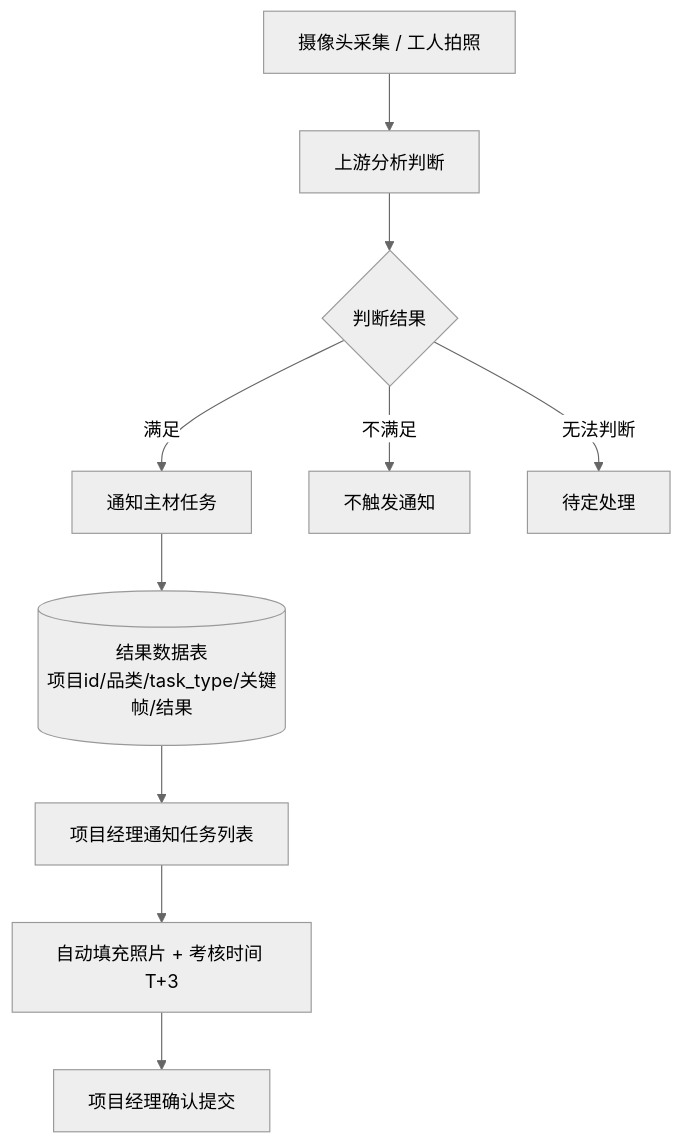
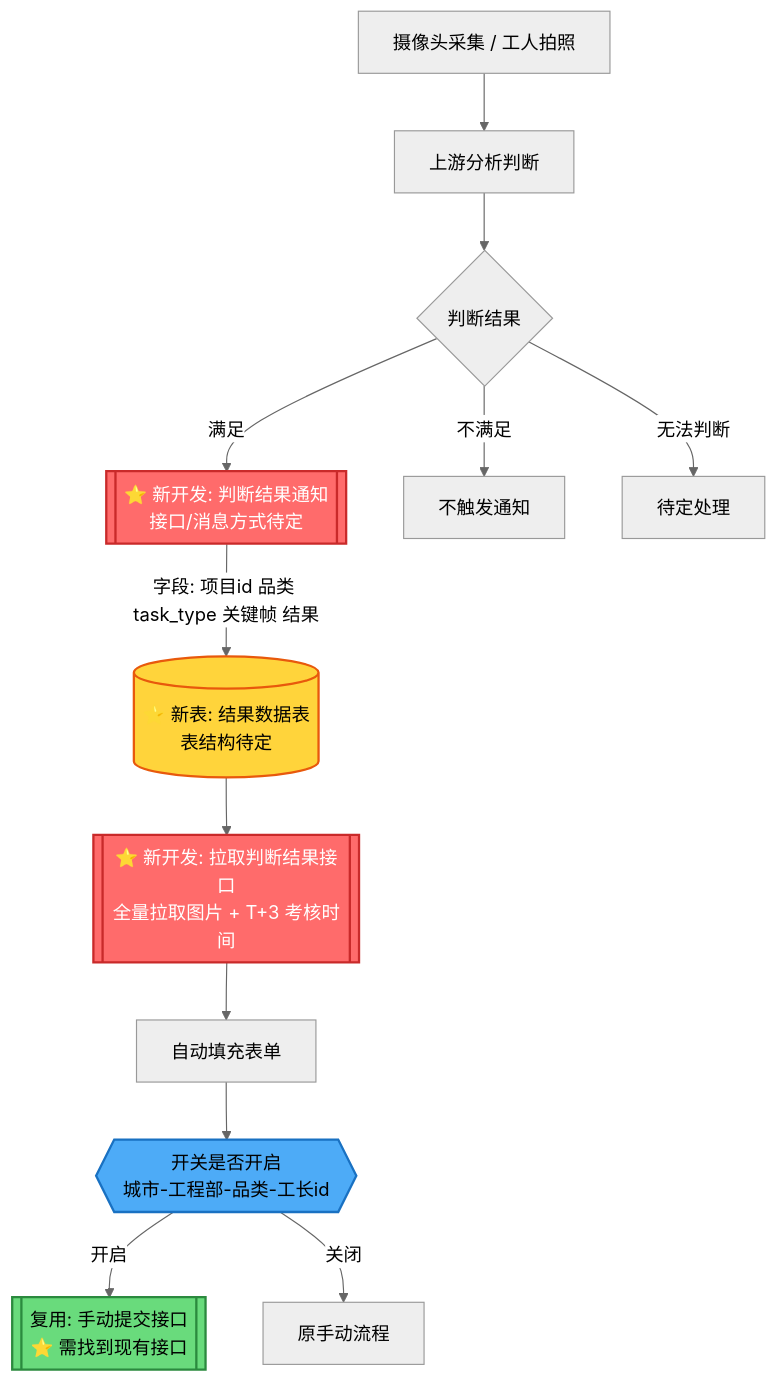
The first of 2 diagrams in 需求/通知复尺自动化/需求背景.md (M2025-lab/obsodian), drawn with Mermaid (neutral theme) before and after one commit. The commit also changed other lines of this file, not shown here.

````diff
--- a/需求/通知复尺自动化/需求背景.md
+++ b/需求/通知复尺自动化/需求背景.md
@@ -64,12 +51,23 @@
 ```mermaid
 flowchart TD
     A[摄像头采集 / 工人拍照] --> B[上游分析判断]
     B --> C{判断结果}
-    C -->|满足| D[通知主材任务]
+    C -->|满足| D[[⭐ 新开发: 判断结果通知<br/>接口/消息方式待定]]
     C -->|不满足| E[不触发通知]
     C -->|无法判断| F[待定处理]
-    D --> G[(结果数据表<br/>项目id/品类/task_type/关键帧/结果)]
-    G --> H[项目经理通知任务列表]
-    H --> I[自动填充照片 + 考核时间 T+3]
-    I --> J[项目经理确认提交]
+    D -->|字段: 项目id 品类 task_type 关键帧 结果| G[("⭐ 新表: 结果数据表<br/>表结构待定")]
+    G --> H[[⭐ 新开发: 拉取判断结果接口<br/>全量拉取图片 + T+3 考核时间]]
+    H --> K[自动填充表单]
+    K --> L{{开关是否开启<br/>城市-工程部-品类-工长id}}
+    L -->|开启| M[[复用: 手动提交接口<br/>⭐ 需找到现有接口]]
+    L -->|关闭| N[原手动流程]
+
+    classDef newDev fill:#ff6b6b,stroke:#c92a2a,stroke-width:2px,color:#fff;
+    classDef newDb fill:#ffd43b,stroke:#e8590c,stroke-width:2px;
+    classDef reuse fill:#69db7c,stroke:#2b8a3e,stroke-width:2px;
+    classDef swt fill:#4dabf7,stroke:#1971c2,stroke-width:2px;
+    class D,H newDev;
+    class G newDb;
+    class L swt;
+    class M reuse;
 ```
````
